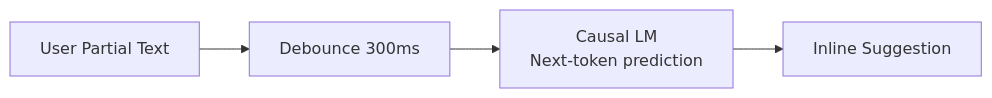
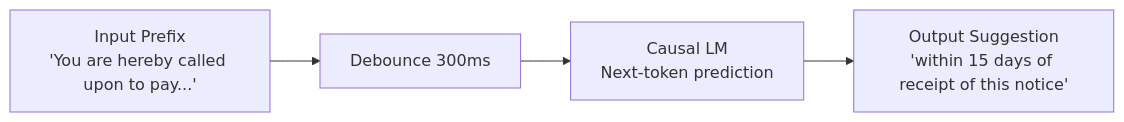
Before and after one commit to delisha02/droitdraft: the eighth of 8 diagrams in docs/implementation.md, drawn with Mermaid. The commit also changed other lines of this file, not shown here.

````diff
--- a/docs/implementation.md
+++ b/docs/implementation.md
@@ -164,7 +171,9 @@
 ```mermaid
 flowchart LR
-    ED["User Partial Text"] --> DB["Debounce 300ms"]
+    ED["Input Prefix
+'You are hereby called upon to pay...' "] --> DB["Debounce 300ms"]
     DB --> CLM["Causal LM
 Next-token prediction"]
-    CLM --> SG["Inline Suggestion"]
+    CLM --> SG["Output Suggestion
+'within 15 days of receipt of this notice'"]
 ```
````
